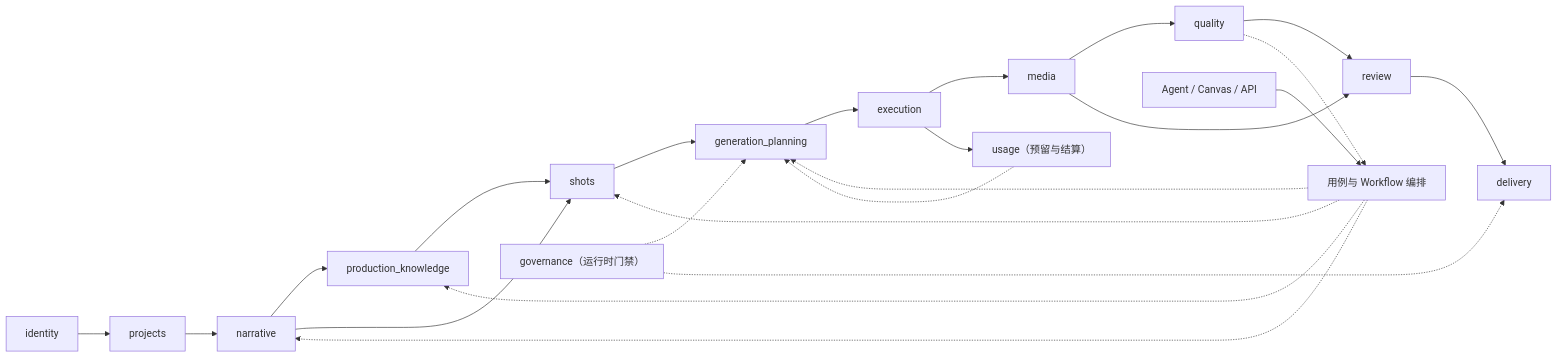
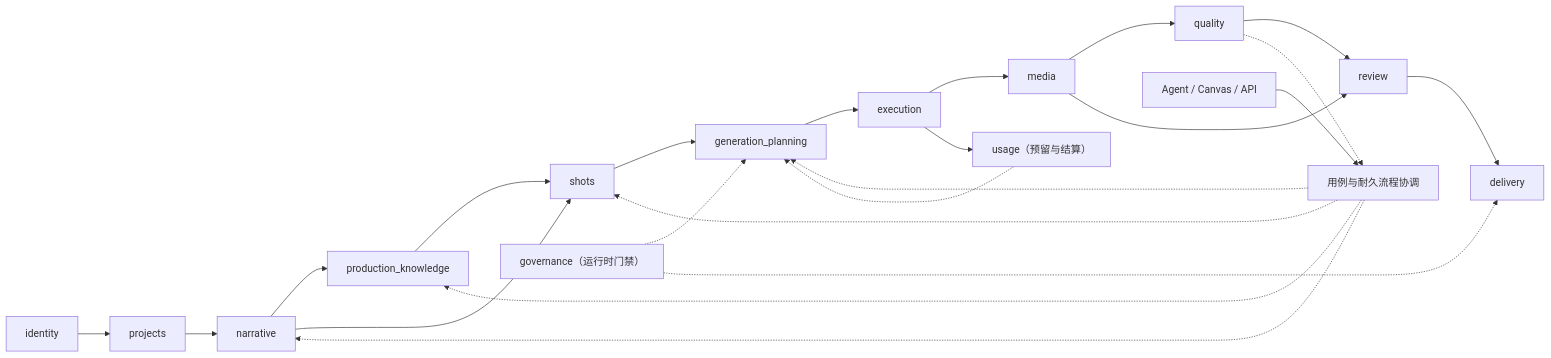
One commit to StephenQiu30/lanverse changed the diagram in docs/design/020-AI视频生产平台核心领域与数据模型设计.md. Above: the diagram before and after it, drawn with Mermaid. The commit also changed other lines of this file and 5 other files, not shown here.

First line of the commit message:
docs(architecture): 确立AI视频平台Python目标架构

````diff
--- a/docs/design/020-AI视频生产平台核心领域与数据模型设计.md
+++ b/docs/design/020-AI视频生产平台核心领域与数据模型设计.md
@@ -37,25 +37,25 @@
 ```mermaid
 flowchart LR
     ID["identity"] --> PRJ["projects"]
     PRJ --> NAR["narrative"]
     NAR --> PK["production_knowledge"]
     NAR --> SH["shots"]
     PK --> SH
     SH --> GP["generation_planning"]
     GP --> EXE["execution"]
     EXE --> MED["media"]
     MED --> QA["quality"]
     MED --> REV["review"]
     QA --> REV
     REV --> DEL["delivery"]
     GOV["governance（运行时门禁）"] -.-> GP
     GOV -.-> DEL
     USE["usage（预留与结算）"] -.-> GP
     EXE --> USE
-    UX["Agent / Canvas / API"] --> ORCH["用例与 Workflow 编排"]
+    UX["Agent / Canvas / API"] --> ORCH["用例与耐久流程协调"]
     ORCH -.-> NAR
     ORCH -.-> PK
     ORCH -.-> SH
     ORCH -.-> GP
     QA -.-> ORCH
 ```
````
